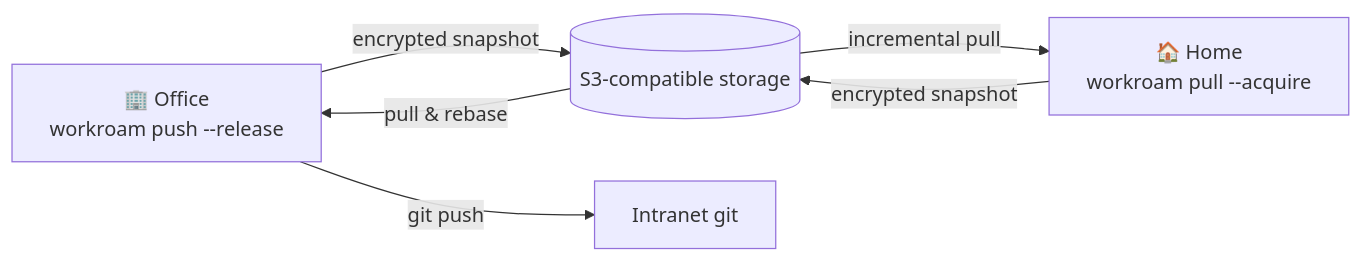
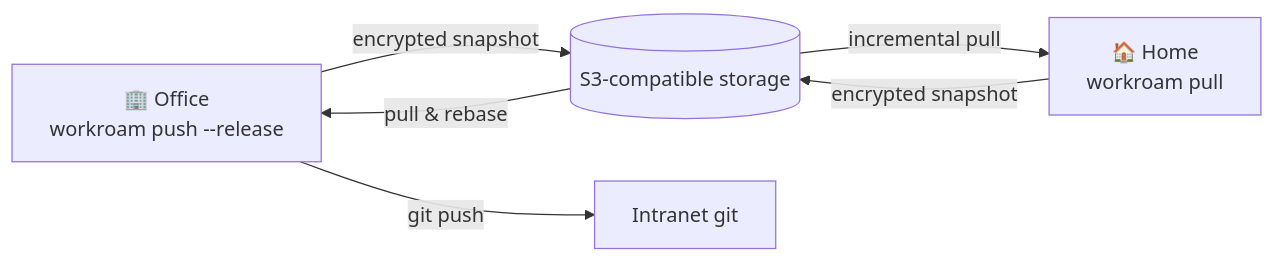
One commit to kverona-ai/workroam changed the diagram in README.md. Above: the diagram before and after it, drawn with Mermaid. The commit also changed other lines of this file and 11 other files, not shown here.

````diff
--- a/README.md
+++ b/README.md
@@ -75,8 +75,8 @@
 ```mermaid
 flowchart LR
     O["🏢 Office<br/>workroam push --release"] -- encrypted snapshot --> S[("S3-compatible storage")]
-    S -- incremental pull --> H["🏠 Home<br/>workroam pull --acquire"]
+    S -- incremental pull --> H["🏠 Home<br/>workroam pull"]
     H -- encrypted snapshot --> S
     S -- pull & rebase --> O
     O -- git push --> G["Intranet git"]
 ```
````
